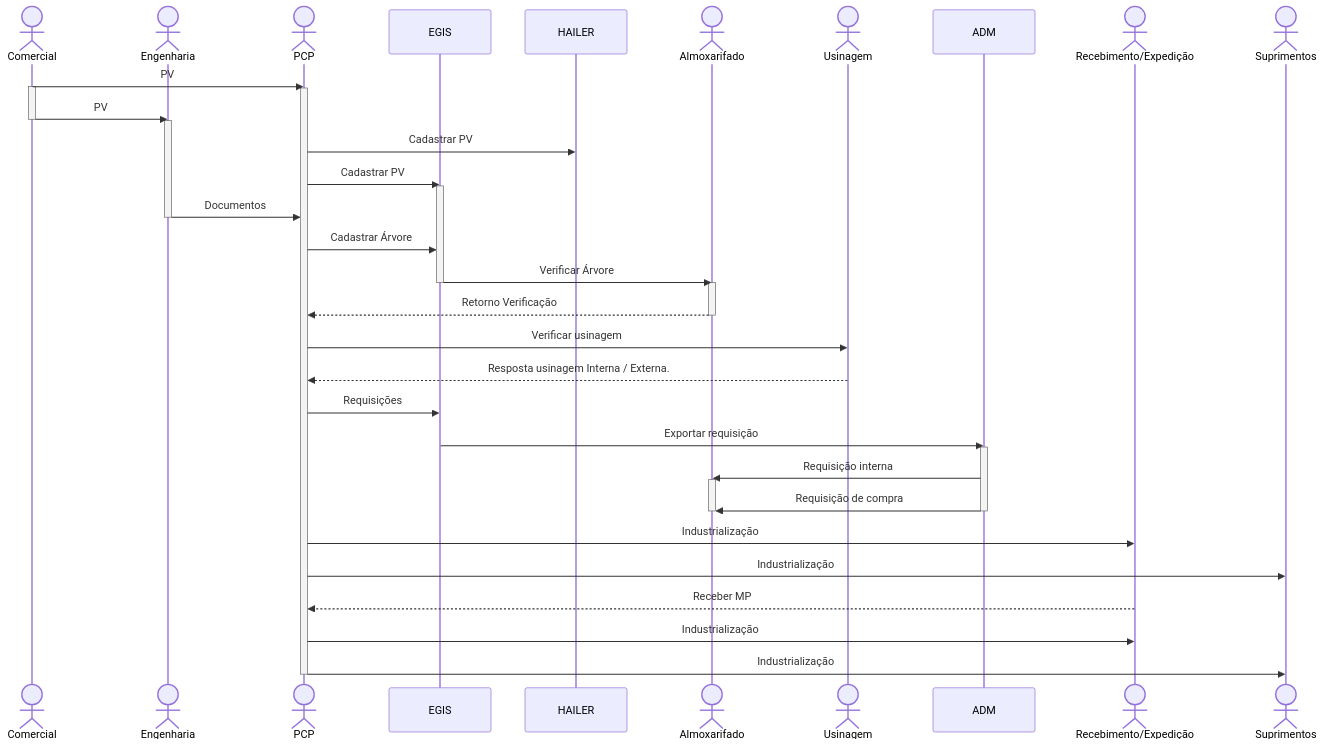
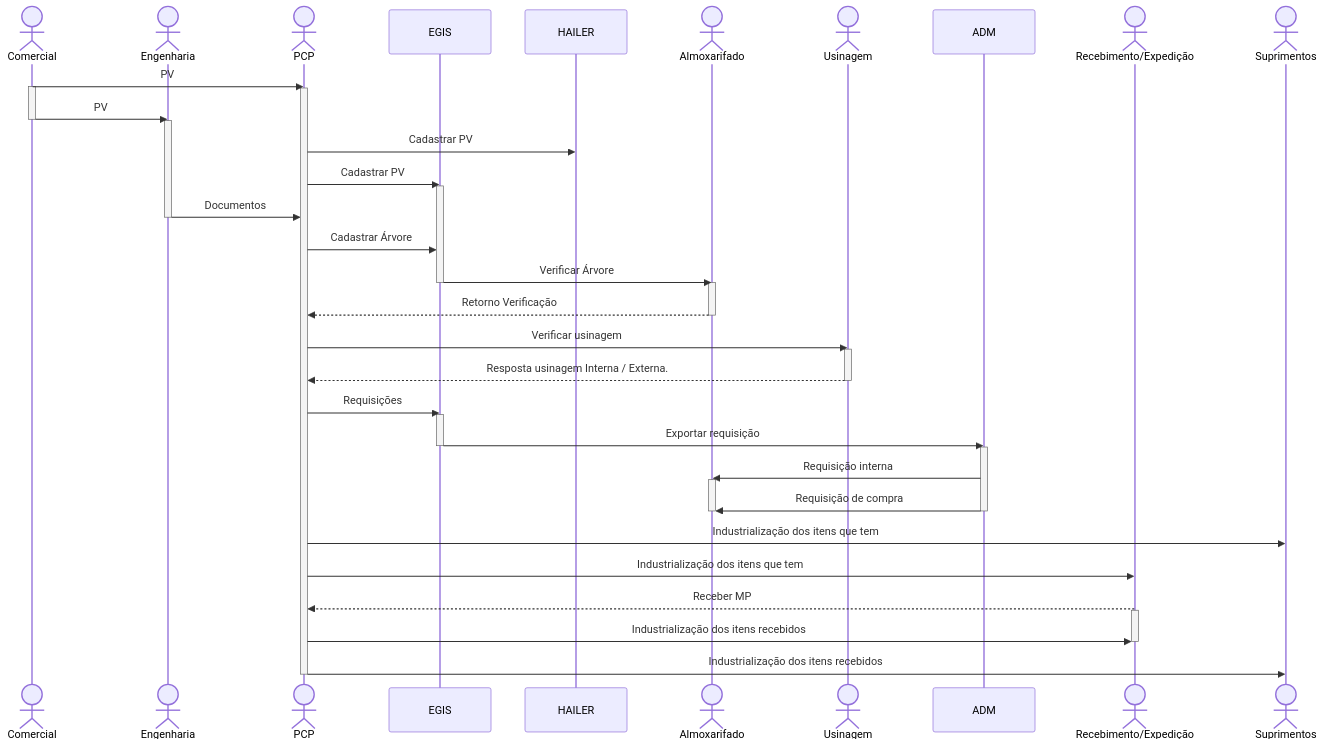
Before and after one commit to DiegoS-Nunes/Empresa: the second of 2 diagrams in Guia de operações PCP rev.01.md, drawn with Mermaid. The commit also changed other lines of this file, not shown here.

````diff
--- a/Guia de operações PCP rev.01.md
+++ b/Guia de operações PCP rev.01.md
@@ -7,65 +39,71 @@
 ```mermaid
 sequenceDiagram
     actor Comercial
     actor Engenharia
     actor PCP
 
     participant EGIS
     participant HAILER
 
     Comercial->>PCP: PV
     activate Comercial
     activate PCP
     
     Comercial->>Engenharia: PV
     deactivate Comercial
     activate Engenharia
     
     PCP->>HAILER: Cadastrar PV
     PCP->>EGIS: Cadastrar PV
     activate EGIS
     
     Engenharia->>PCP: Documentos
     deactivate Engenharia
     PCP->>EGIS: Cadastrar Árvore
 
     actor Almoxarifado
 
     EGIS->>Almoxarifado: Verificar Árvore
     activate Almoxarifado
     deactivate EGIS
 
     Almoxarifado-->>PCP: Retorno Verificação
     deactivate Almoxarifado
 
     actor Usinagem
 
     PCP->>Usinagem: Verificar usinagem
+    activate Usinagem
     Usinagem-->>PCP: Resposta usinagem Interna / Externa.
+    deactivate Usinagem
 
     PCP->>EGIS: Requisições
-
+    activate EGIS
     EGIS->>ADM: Exportar requisição
+    deactivate EGIS
 
     participant ADM
     activate ADM
 
     ADM->>Almoxarifado: Requisição interna
     activate Almoxarifado
     
     ADM->>Almoxarifado: Requisição de compra
     deactivate ADM
     deactivate Almoxarifado
 
     actor Recebimento/Expedição
     actor Suprimentos
     
-    PCP->>Recebimento/Expedição: Industrialização
-    PCP->>Suprimentos: Industrialização 
+    PCP->>Suprimentos: Industrialização dos itens que tem
+    PCP->>Recebimento/Expedição: Industrialização dos itens que tem
+    
 
     Recebimento/Expedição-->>PCP: Receber MP
-    PCP->>Recebimento/Expedição: Industrialização
-    PCP->>Suprimentos: Industrialização 
+    activate Recebimento/Expedição
+    PCP->>Recebimento/Expedição: Industrialização dos itens recebidos
+    deactivate Recebimento/Expedição
+    PCP->>Suprimentos: Industrialização dos itens recebidos 
     
     deactivate PCP
 ```
````
